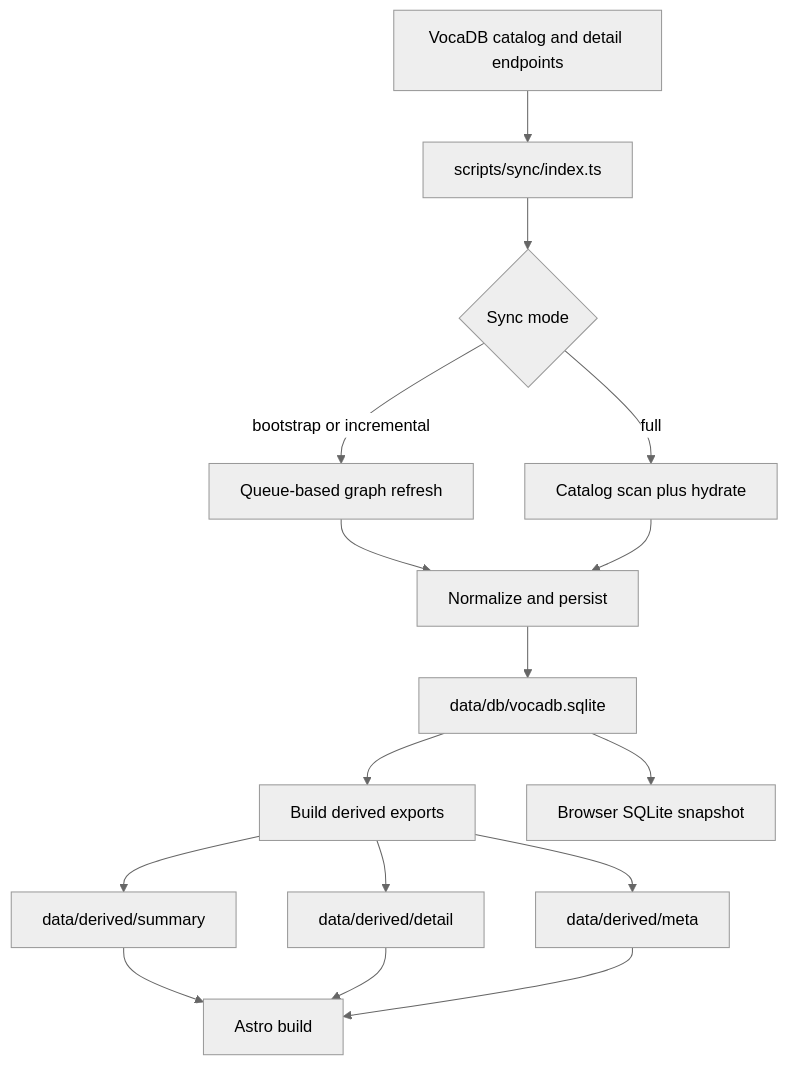
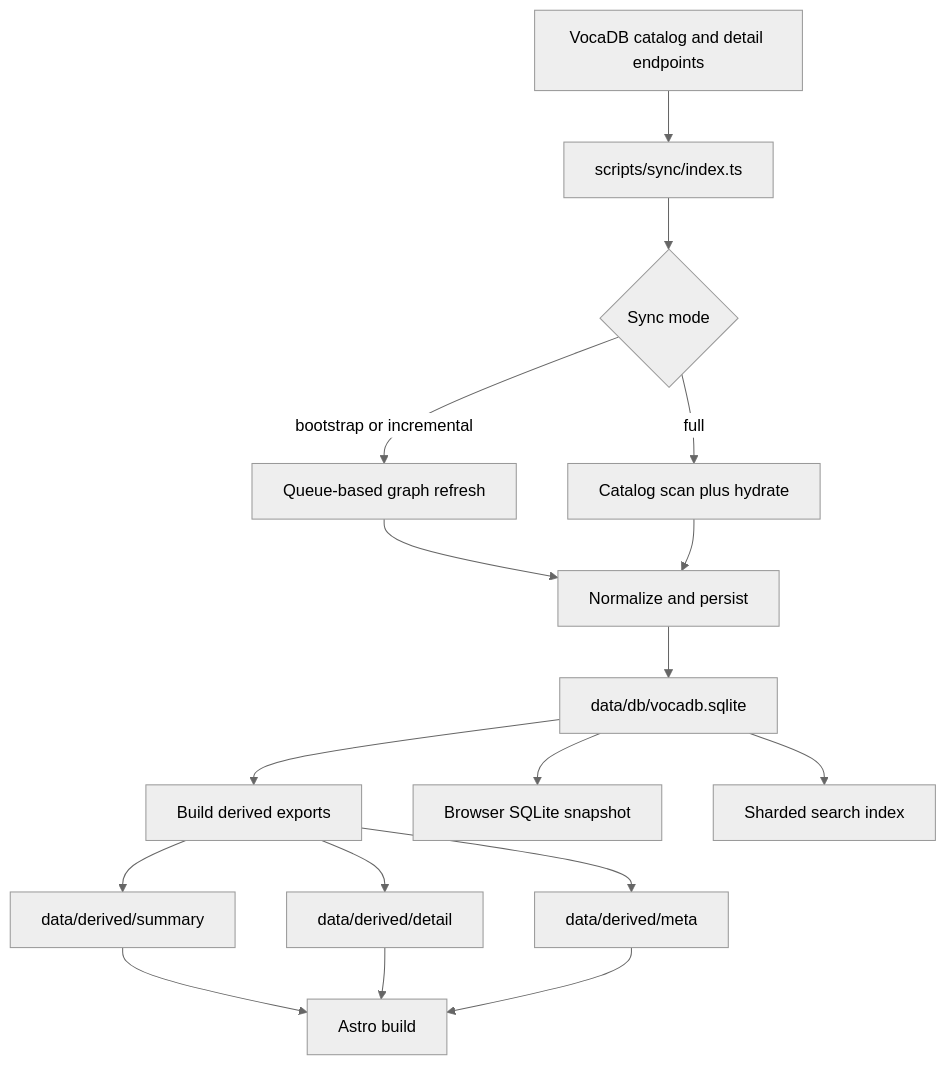
One commit to tokuseiHagane/MyMikuGuide changed the first of 3 diagrams in docs/data-pipeline.md. Above: the diagram before and after it, drawn with Mermaid (neutral theme). The commit also changed other lines of this file and 5 other files, not shown here.

````diff
--- a/docs/data-pipeline.md
+++ b/docs/data-pipeline.md
@@ -14,18 +15,19 @@
 ```mermaid
 flowchart TD
     A[VocaDB catalog and detail endpoints] --> B[scripts/sync/index.ts]
     B --> C{Sync mode}
     C -->|bootstrap or incremental| D[Queue-based graph refresh]
     C -->|full| E[Catalog scan plus hydrate]
     D --> F[Normalize and persist]
     E --> F
     F --> G[data/db/vocadb.sqlite]
     G --> H[Build derived exports]
     H --> I[data/derived/summary]
     H --> J[data/derived/detail]
     H --> K[data/derived/meta]
     G --> L[Browser SQLite snapshot]
+    G --> N[Sharded search index]
     I --> M[Astro build]
     J --> M
     K --> M
 ```
````
